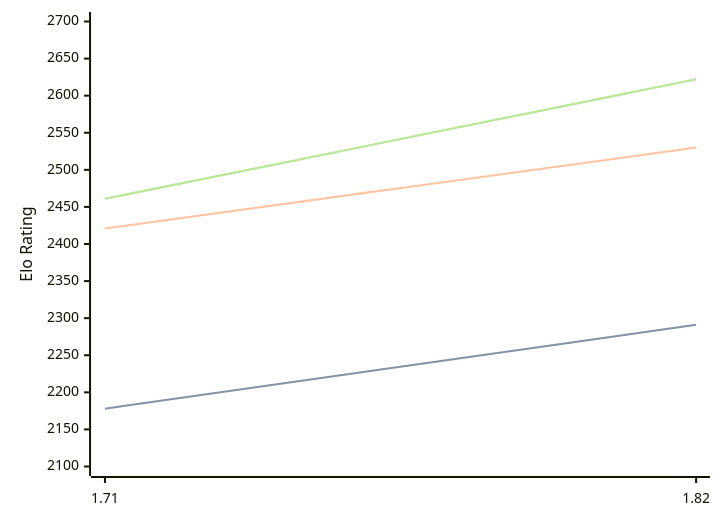
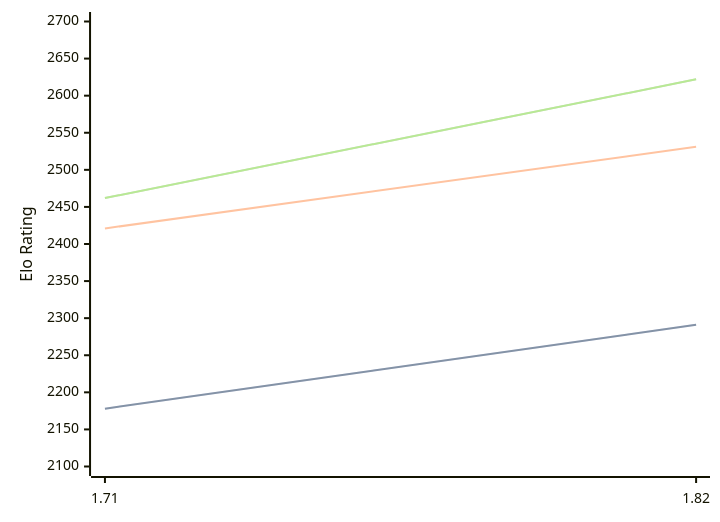
The third of 3 diagrams in engines/Amira.md (computer-chess-index/cci), drawn with Mermaid before and after one commit. The commit also changed other lines of this file, not shown here.

Commit message:
Update CCI Ratings (ELO VLTC) - 2026-07-04

````diff
--- a/engines/Amira.md
+++ b/engines/Amira.md
@@ -68,11 +68,11 @@
 ```mermaid
 %%{init: {"theme":"base","themeVariables":{"seriesColors:['#a3a3a3','#222221','#faa371']}}}%%
 xychart-beta
   x-axis ["1.71", "1.82"]
   y-axis "Elo Rating" 2100 --> 2700
   line "STC (8.0+0.08s)" [2178, 2291]
   line "STC (8.0+0.08s)" [2178, 2291]
-  line "LTC (60.0+0.60s)" [2421, 2530]
-  line "VLTC (2m24s+1.12s)" [2461, 2622]
-  line "VLTC (2m24s+1.12s)" [2461, 2622]
+  line "LTC (60.0+0.60s)" [2421, 2531]
+  line "VLTC (2m24s+1.12s)" [2462, 2622]
+  line "VLTC (2m24s+1.12s)" [2462, 2622]
 ```
````
